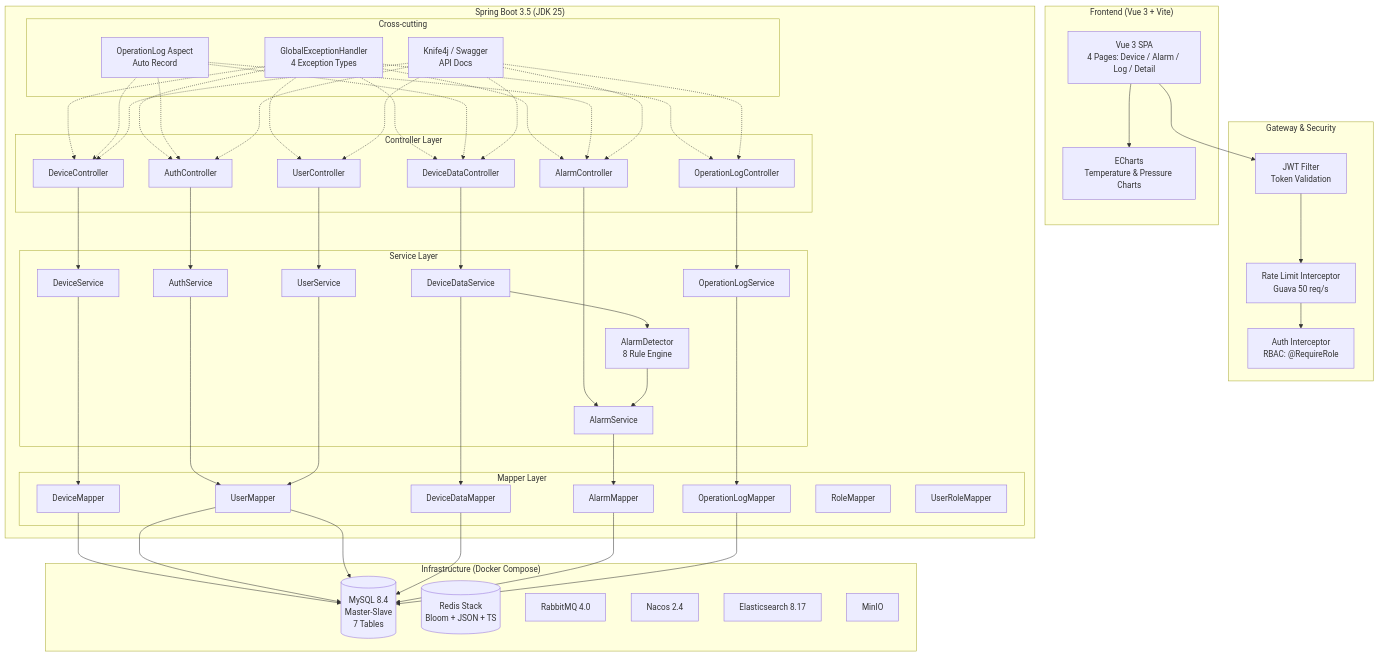
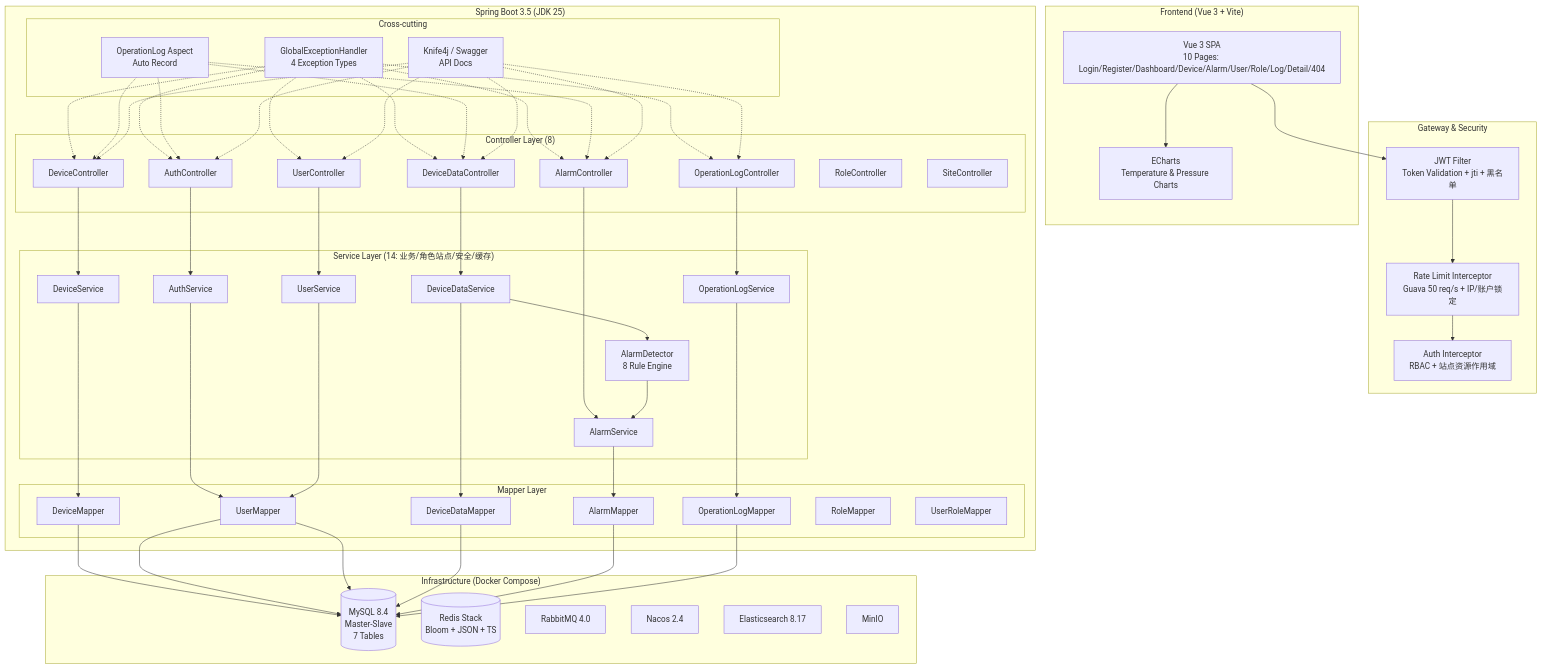
The first of 2 diagrams in docs/Architecture/System-Architecture.md (lgmhula/Industrial-AI-Hub), drawn with Mermaid before and after one commit. The commit also changed other lines of this file and 81 other files, not shown here.

````diff
--- a/docs/Architecture/System-Architecture.md
+++ b/docs/Architecture/System-Architecture.md
@@ -7,75 +8,77 @@
 ```mermaid
 graph TB
     subgraph "Frontend (Vue 3 + Vite)"
-        FE[Vue 3 SPA<br/>4 Pages: Device / Alarm / Log / Detail]
+        FE[Vue 3 SPA<br/>10 Pages: Login/Register/Dashboard/Device/Alarm/User/Role/Log/Detail/404]
         ECharts[ECharts<br/>Temperature & Pressure Charts]
         FE --> ECharts
     end
 
     subgraph "Gateway & Security"
-        JWT[JWT Filter<br/>Token Validation]
-        RL[Rate Limit Interceptor<br/>Guava 50 req/s]
-        AUTH[Auth Interceptor<br/>RBAC: @RequireRole]
+        JWT[JWT Filter<br/>Token Validation + jti + 黑名单]
+        RL[Rate Limit Interceptor<br/>Guava 50 req/s + IP/账户锁定]
+        AUTH[Auth Interceptor<br/>RBAC + 站点资源作用域]
         JWT --> RL --> AUTH
     end
 
     subgraph "Spring Boot 3.5 (JDK 25)"
-        subgraph "Controller Layer"
+        subgraph "Controller Layer (8)"
             DC[DeviceController]
             AC[AuthController]
             UC[UserController]
             DDC[DeviceDataController]
             ALC[AlarmController]
             OLC[OperationLogController]
+            RC[RoleController]
+            SC[SiteController]
         end
 
-        subgraph "Service Layer"
+        subgraph "Service Layer (14: 业务/角色站点/安全/缓存)"
             DS[DeviceService]
             AS[AuthService]
             US[UserService]
             DDS[DeviceDataService]
             ALS[AlarmService]
             OLS[OperationLogService]
             AD[AlarmDetector<br/>8 Rule Engine]
         end
 
         subgraph "Mapper Layer"
             DM[DeviceMapper]
             UM[UserMapper]
             DDM[DeviceDataMapper]
             ALM[AlarmMapper]
             OLM[OperationLogMapper]
             RM[RoleMapper]
             URM[UserRoleMapper]
         end
 
         subgraph "Cross-cutting"
             GEH[GlobalExceptionHandler<br/>4 Exception Types]
             AOP[OperationLog Aspect<br/>Auto Record]
             KNIFE[Knife4j / Swagger<br/>API Docs]
         end
     end
 
     subgraph "Infrastructure (Docker Compose)"
         MYSQL[(MySQL 8.4<br/>Master-Slave<br/>7 Tables)]
         REDIS[(Redis Stack<br/>Bloom + JSON + TS)]
         RMQ[RabbitMQ 4.0]
         NACOS[Nacos 2.4]
         ES[Elasticsearch 8.17]
         MINIO[MinIO]
     end
 
     FE --> JWT
     DC --> DS --> DM --> MYSQL
     AC --> AS --> UM --> MYSQL
     UC --> US --> UM --> MYSQL
     DDC --> DDS --> DDM --> MYSQL
     ALC --> ALS --> ALM --> MYSQL
     OLC --> OLS --> OLM --> MYSQL
     DDS --> AD
     AD --> ALS
 
     GEH -.-> DC & AC & UC & DDC & ALC & OLC
     AOP -.-> DC & AC & ALC & DDC
     KNIFE -.-> DC & AC & UC & DDC & ALC & OLC
 ```
````
